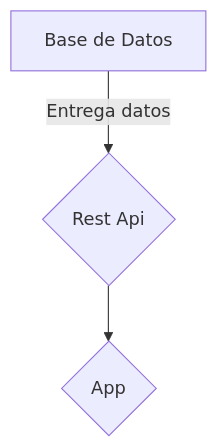
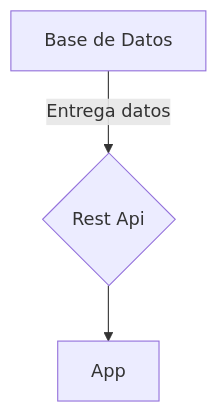
The diagram in README.md (Cristobalbarrientos/autoqr), drawn with Mermaid before and after one commit.

````diff
--- a/README.md
+++ b/README.md
@@ -47,6 +47,6 @@
 ```mermaid
 flowchart TD
     A[Base de Datos] -->|Entrega datos|C{Rest Api}
-    C --> c{App}
+    C --> App
 
 ```
````
